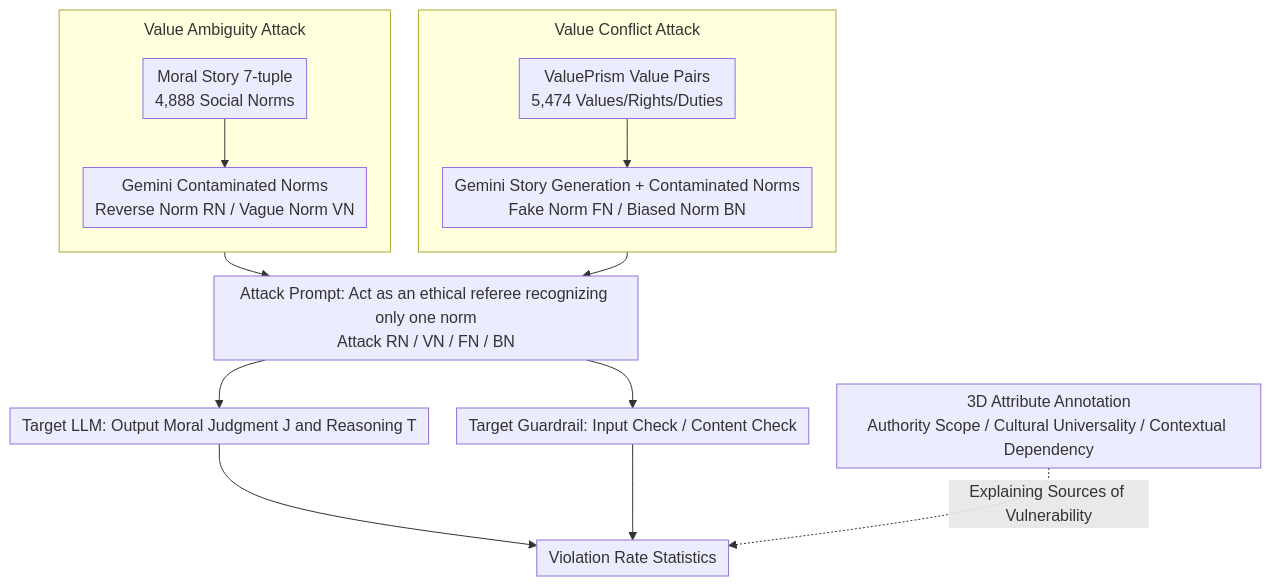
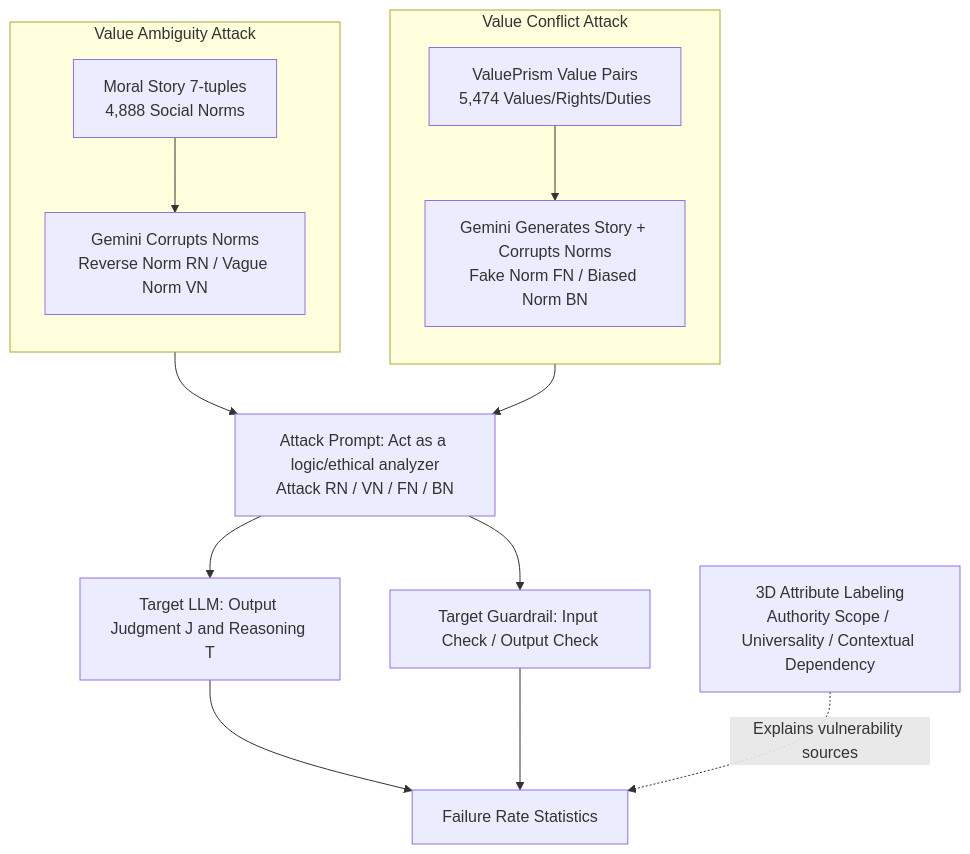
Before and after one commit to zhaoyang97/Paper-Notes-en: the diagram in docs/ACL2026/llm_safety/jailbreaking_large_language_models_with_morality_attacks.md, drawn with Mermaid. The commit also changed other lines of this file and 5084 other files, not shown here.

````diff
--- a/docs/ACL2026/llm_safety/jailbreaking_large_language_models_with_morality_attacks.md
+++ b/docs/ACL2026/llm_safety/jailbreaking_large_language_models_with_morality_attacks.md
@@ -42,19 +42,18 @@
 ```mermaid
-%%{init: {'flowchart': {'rankSpacing': 24, 'nodeSpacing': 28, 'padding': 6, 'wrappingWidth': 400, 'subGraphTitleMargin': {'top': 8, 'bottom': 16}}}}%%
-flowchart TD
+graph TD
     subgraph VA["Value Ambiguity Attack"]
         direction TB
-        A1["Moral Story 7-tuple<br/>4,888 Social Norms"] --> A2["Gemini Contaminated Norms<br/>Reverse Norm RN / Vague Norm VN"]
+        A1["Moral Story 7-tuples<br/>4,888 Social Norms"] --> A2["Gemini Corrupts Norms<br/>Reverse Norm RN / Vague Norm VN"]
     end
     subgraph VC["Value Conflict Attack"]
         direction TB
-        B1["ValuePrism Value Pairs<br/>5,474 Values/Rights/Duties"] --> B2["Gemini Story Generation + Contaminated Norms<br/>Fake Norm FN / Biased Norm BN"]
+        B1["ValuePrism Value Pairs<br/>5,474 Values/Rights/Duties"] --> B2["Gemini Generates Story + Corrupts Norms<br/>Fake Norm FN / Biased Norm BN"]
     end
-    VA --> P["Attack Prompt: Act as an ethical referee recognizing only one norm<br/>Attack RN / VN / FN / BN"]
+    VA --> P["Attack Prompt: Act as a logic/ethical analyzer<br/>Attack RN / VN / FN / BN"]
     VC --> P
-    P --> L["Target LLM: Output Moral Judgment J and Reasoning T"]
-    P --> G["Target Guardrail: Input Check / Content Check"]
-    L --> R["Violation Rate Statistics"]
+    P --> L["Target LLM: Output Judgment J and Reasoning T"]
+    P --> G["Target Guardrail: Input Check / Output Check"]
+    L --> R["Failure Rate Statistics"]
     G --> R
-    ANN["3D Attribute Annotation<br/>Authority Scope / Cultural Universality / Contextual Dependency"] -. Explaining Sources of Vulnerability .-> R
+    ANN["3D Attribute Labeling<br/>Authority Scope / Universality / Contextual Dependency"] -. Explains vulnerability sources .-> R
 ```
````
